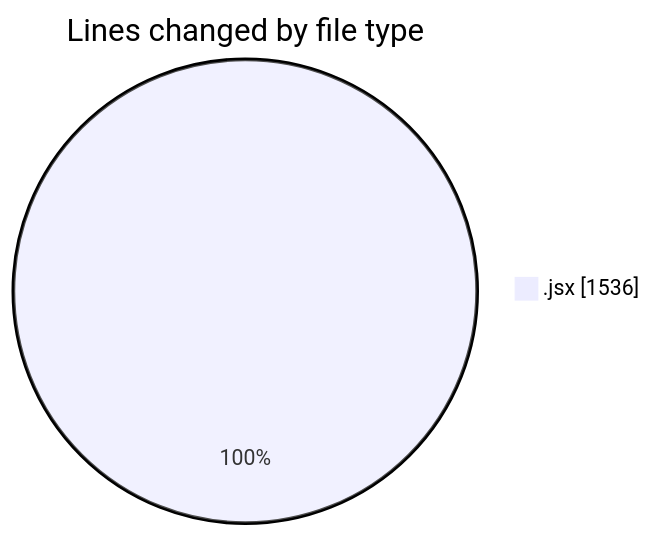
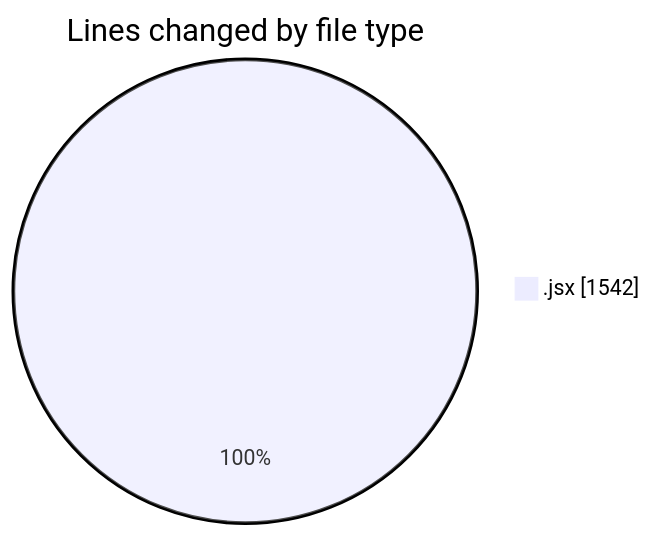
One commit to nxtqubesakshisongat/code-tracking changed the first of 2 diagrams in 2025-06-06/nxtqube_webapp/README.md. Above: the diagram before and after it, drawn with Mermaid. The commit also changed other lines of this file and 1 other file, not shown here.

````diff
--- a/2025-06-06/nxtqube_webapp/README.md
+++ b/2025-06-06/nxtqube_webapp/README.md
@@ -20,5 +20,5 @@
 ```mermaid
 pie showData
 title Lines changed by file type
-".jsx" : 1536
+".jsx" : 1542
 ```
````
